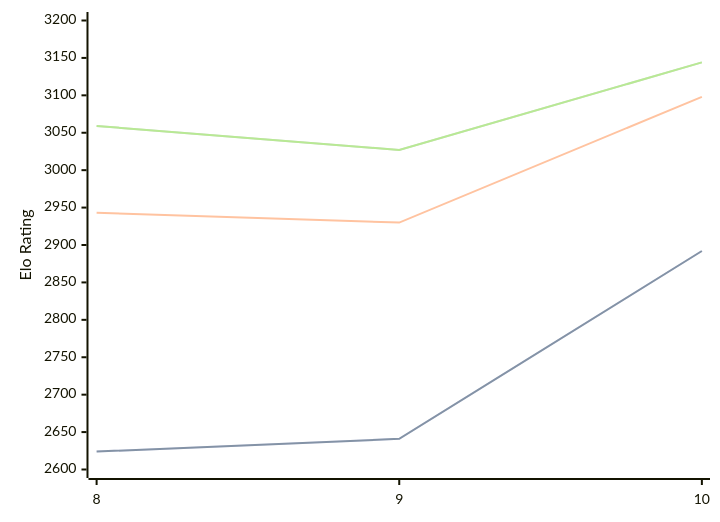
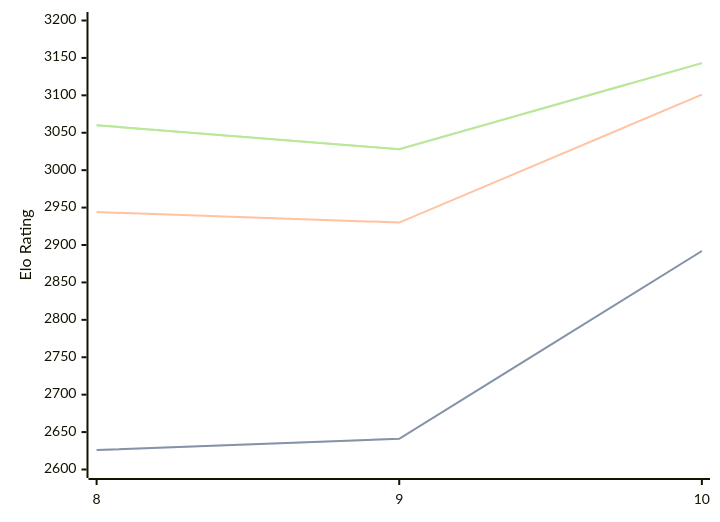
Before and after one commit to computer-chess-index/cci: the diagram in engines/Lozza.md, drawn with Mermaid. The commit also changed other lines of this file, not shown here.

Commit message:
Update CCI Ratings (ELO VLTC) - 2026-04-05

````diff
--- a/engines/Lozza.md
+++ b/engines/Lozza.md
@@ -41,11 +41,11 @@
 ```mermaid
 %%{init: {"theme":"base","themeVariables":{"seriesColors:['#a3a3a3','#222221','#faa371']}}}%%
 xychart-beta
   x-axis ["8", "9", "10"]
   y-axis "Elo Rating" 2600 --> 3200
-  line "STC (8.0+0.08s)" [2624, 2641, 2892]
-  line "STC (8.0+0.08s)" [2624, 2641, 2892]
-  line "LTC (60.0+0.60s)" [2943, 2930, 3098]
-  line "VLTC (2m24s+1.12s)" [3059, 3027, 3144]
-  line "VLTC (2m24s+1.12s)" [3059, 3027, 3144]
+  line "STC (8.0+0.08s)" [2626, 2641, 2892]
+  line "STC (8.0+0.08s)" [2626, 2641, 2892]
+  line "LTC (60.0+0.60s)" [2944, 2930, 3101]
+  line "VLTC (2m24s+1.12s)" [3060, 3028, 3143]
+  line "VLTC (2m24s+1.12s)" [3060, 3028, 3143]
 ```
````
